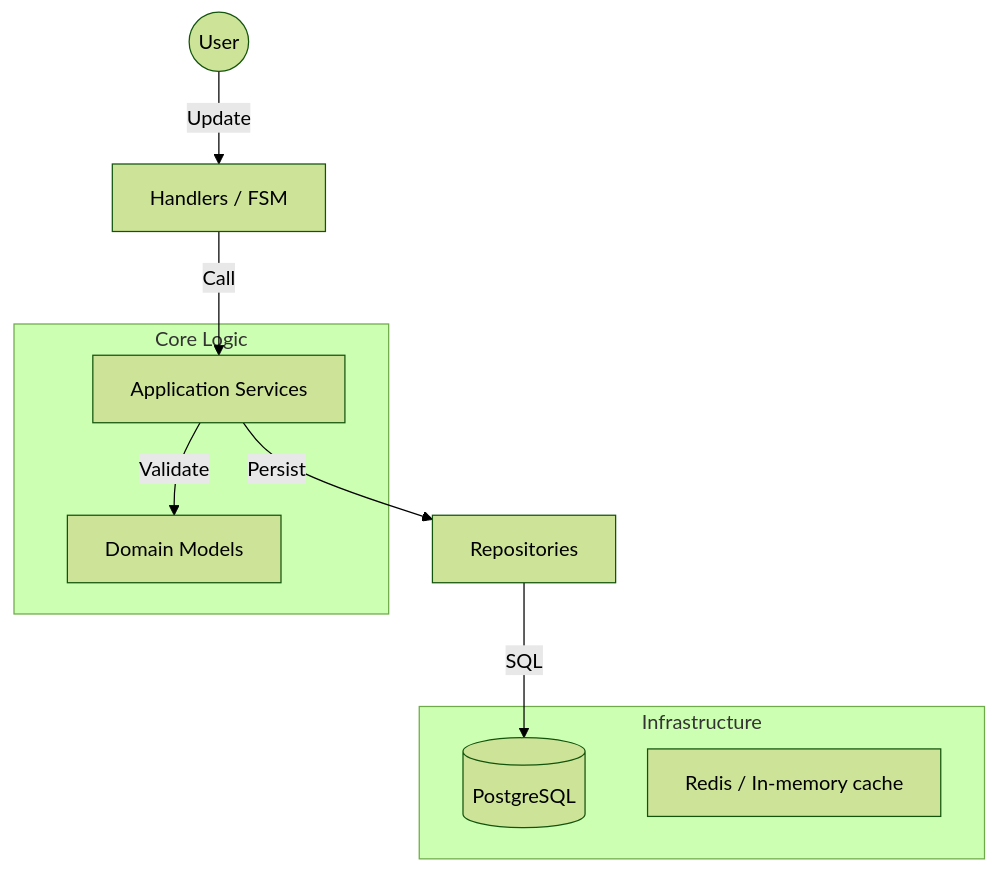
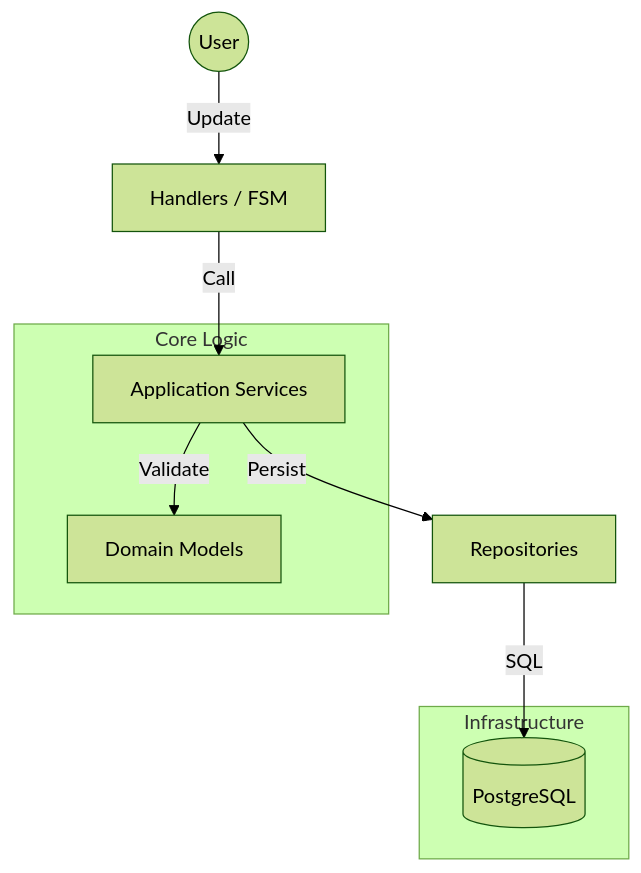
The first of 3 diagrams in docs/ARCHITECTURE.md (nazgool97/salon_bot), drawn with Mermaid (forest theme) before and after one commit. The commit also changed other lines of this file, not shown here.

Commit message:
Enhance architecture documentation: add C4 model views and clarify system components

````diff
--- a/docs/ARCHITECTURE.md
+++ b/docs/ARCHITECTURE.md
@@ -23,18 +23,17 @@
 ```mermaid
 graph TD
     User((User)) -->|Update| H[Handlers / FSM]
     H -->|Call| S[Application Services]
     S -->|Validate| D[Domain Models]
     S -->|Persist| R[Repositories]
     R -->|SQL| DB[(PostgreSQL)]
 
     subgraph Infrastructure
         DB
-        Redis[Redis / In-memory cache]
     end
 
     subgraph Core Logic
         S
         D
     end
 ```
````
